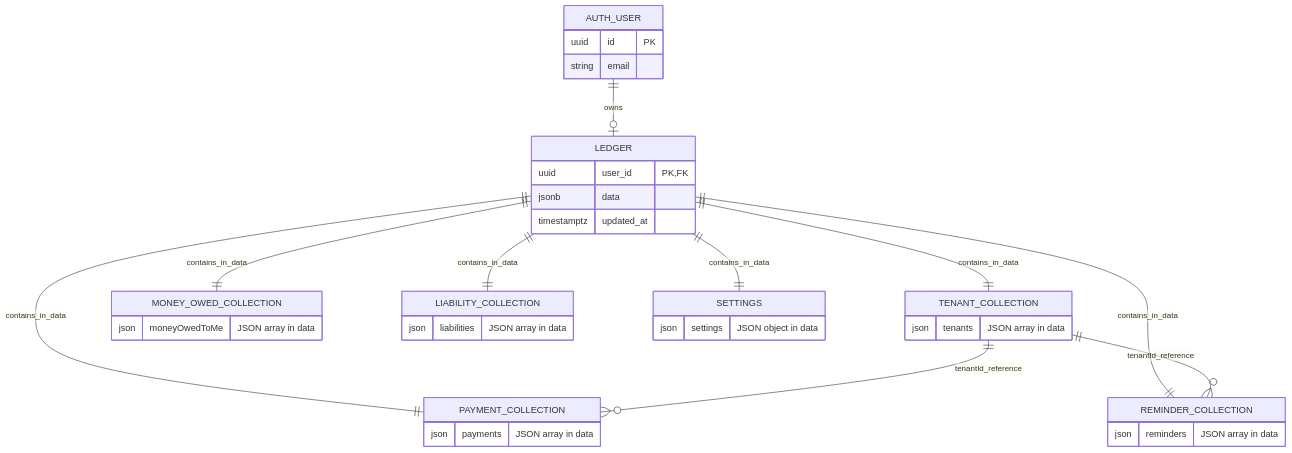
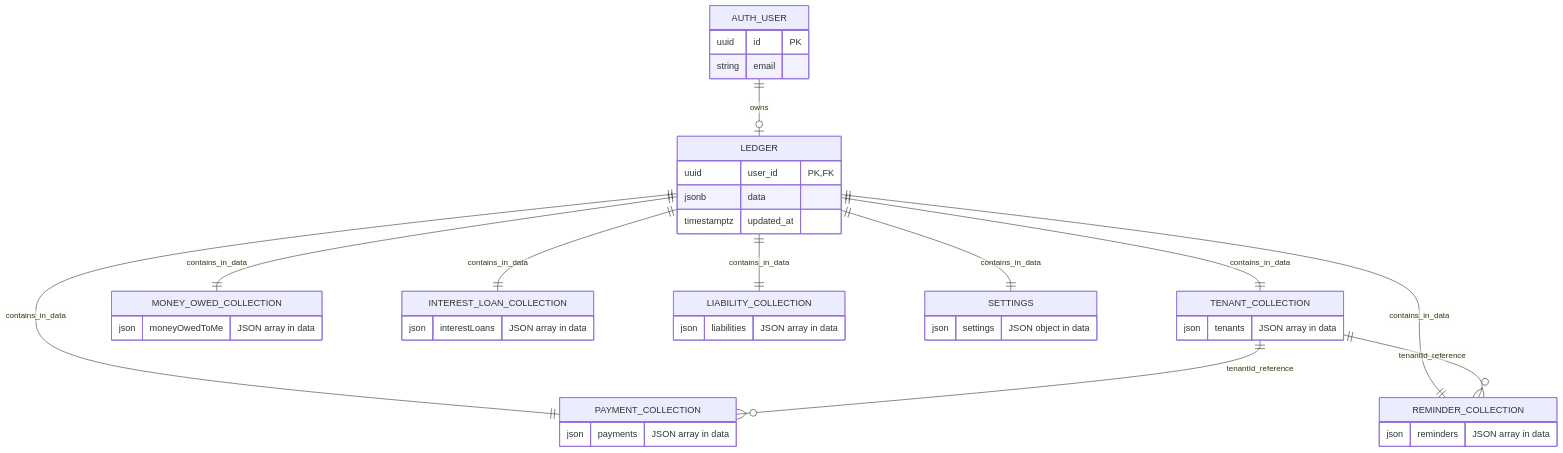
One commit to vkgbth/Rent-Ledger changed the diagram in docs/database.md. Above: the diagram before and after it, drawn with Mermaid. The commit also changed other lines of this file and 4 other files, not shown here.

````diff
--- a/docs/database.md
+++ b/docs/database.md
@@ -5,49 +5,54 @@
 ```mermaid
 erDiagram
     AUTH_USER ||--o| LEDGER : owns
 
     AUTH_USER {
         uuid id PK
         string email
     }
 
     LEDGER {
         uuid user_id PK, FK
         jsonb data
         timestamptz updated_at
     }
 
     LEDGER ||--|| TENANT_COLLECTION : contains_in_data
     LEDGER ||--|| PAYMENT_COLLECTION : contains_in_data
     LEDGER ||--|| REMINDER_COLLECTION : contains_in_data
     LEDGER ||--|| MONEY_OWED_COLLECTION : contains_in_data
+    LEDGER ||--|| INTEREST_LOAN_COLLECTION : contains_in_data
     LEDGER ||--|| LIABILITY_COLLECTION : contains_in_data
     LEDGER ||--|| SETTINGS : contains_in_data
 
     TENANT_COLLECTION {
         json tenants "JSON array in data"
     }
 
     PAYMENT_COLLECTION {
         json payments "JSON array in data"
     }
 
     REMINDER_COLLECTION {
         json reminders "JSON array in data"
     }
 
     MONEY_OWED_COLLECTION {
         json moneyOwedToMe "JSON array in data"
     }
 
+    INTEREST_LOAN_COLLECTION {
+        json interestLoans "JSON array in data"
+    }
+
     LIABILITY_COLLECTION {
         json liabilities "JSON array in data"
     }
 
     SETTINGS {
         json settings "JSON object in data"
     }
 
     TENANT_COLLECTION ||--o{ PAYMENT_COLLECTION : tenantId_reference
     TENANT_COLLECTION ||--o{ REMINDER_COLLECTION : tenantId_reference
 ```
````
